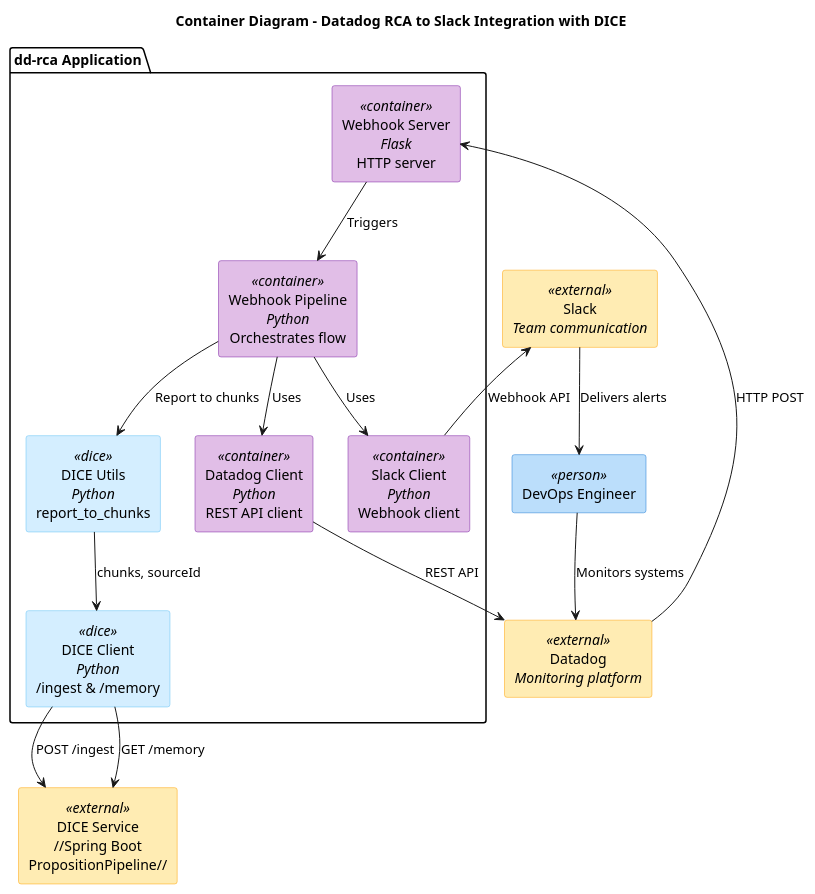
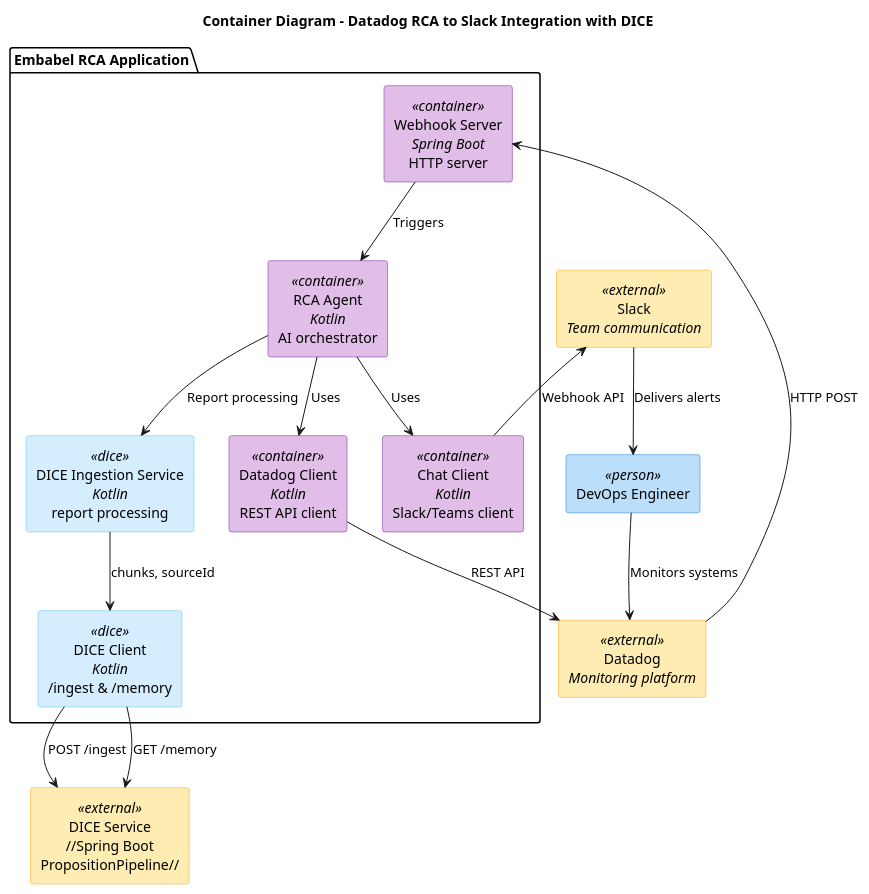
The diagram in docs/plantuml/architecture-container.puml (menkelabs/datadog-drilldown), drawn with PlantUML before and after one commit. The commit also changed 2 other files, not shown here.

Commit message:
Remove Python/Flask references from PlantUML diagrams
Updated architecture diagrams to reflect current Kotlin/Spring Boot implementation:

- docs/plantuml/architecture-container.puml: Changed dd-rca Application to
  Embabel RCA Application with Kotlin/Spring Boot components
- docs/plantuml/architecture-pipeline-flow.puml: Changed Flask webhook handler
  to Spring Boot
- embabel-dice-rca/docs/architecture/c4-context.puml: Removed RCA Python Module
  references and consolidated to single Embabel RCA Agent system

```diff
--- a/docs/plantuml/architecture-container.puml
+++ b/docs/plantuml/architecture-container.puml
@@ -1,61 +1,61 @@
 @startuml Container Diagram
 title Container Diagram - Datadog RCA to Slack Integration with DICE
 
 skinparam backgroundColor white
 skinparam componentStyle rectangle
 skinparam defaultTextAlignment center
 skinparam shadowing false
 
 skinparam rectangle {
     BackgroundColor<<external>> #FFECB3
     BorderColor<<external>> #FFA000
     BackgroundColor<<person>> #BBDEFB
     BorderColor<<person>> #1976D2
     BackgroundColor<<container>> #E1BEE7
     BorderColor<<container>> #7B1FA2
     BackgroundColor<<dice>> #D4EEFF
     BorderColor<<dice>> #63C0F5
 }
 
 ' Users
 rectangle "DevOps Engineer" <<person>> as devops
 
 ' External Systems
 rectangle "Datadog\n//Monitoring platform//" <<external>> as datadog
 rectangle "Slack\n//Team communication//" <<external>> as slack
 rectangle "DICE Service\n//Spring Boot\nPropositionPipeline//" <<external>> as dice
 
-' dd-rca Application
-package "dd-rca Application" {
-    rectangle "Webhook Server\n//Flask//\nHTTP server" <<container>> as webhook_server
-    rectangle "Webhook Pipeline\n//Python//\nOrchestrates flow" <<container>> as pipeline
-    rectangle "Datadog Client\n//Python//\nREST API client" <<container>> as datadog_client
+' Embabel RCA Application
+package "Embabel RCA Application" {
+    rectangle "RCA Agent\n//Kotlin//\nAI orchestrator" <<container>> as rca_agent
+    rectangle "Webhook Server\n//Spring Boot//\nHTTP server" <<container>> as webhook_server
+    rectangle "Datadog Client\n//Kotlin//\nREST API client" <<container>> as datadog_client
 
     ' DICE Integration components
-    rectangle "DICE Client\n//Python//\n/ingest & /memory" <<dice>> as dice_client
-    rectangle "DICE Utils\n//Python//\nreport_to_chunks" <<dice>> as dice_utils
+    rectangle "DICE Client\n//Kotlin//\n/ingest & /memory" <<dice>> as dice_client
+    rectangle "DICE Ingestion Service\n//Kotlin//\nreport processing" <<dice>> as dice_ingestion
 
-    rectangle "Slack Client\n//Python//\nWebhook client" <<container>> as slack_client
+    rectangle "Chat Client\n//Kotlin//\nSlack/Teams client" <<container>> as chat_client
 }
 
 ' Relationships
 devops --> datadog : Monitors systems
 datadog --> webhook_server : HTTP POST
-webhook_server --> pipeline : Triggers
+webhook_server --> rca_agent : Triggers
 
 ' Datadog enrichment
-pipeline --> datadog_client : Uses
+rca_agent --> datadog_client : Uses
 datadog_client --> datadog : REST API
 
 ' DICE integration (following DICE API)
-pipeline --> dice_utils : Report to chunks
-dice_utils --> dice_client : chunks, sourceId
+rca_agent --> dice_ingestion : Report processing
+dice_ingestion --> dice_client : chunks, sourceId
 dice_client --> dice : POST /ingest
 dice_client --> dice : GET /memory
 
-' Slack output
-pipeline --> slack_client : Uses
-slack_client --> slack : Webhook API
+' Chat output
+rca_agent --> chat_client : Uses
+chat_client --> slack : Webhook API
 slack --> devops : Delivers alerts
 
 @enduml
```
